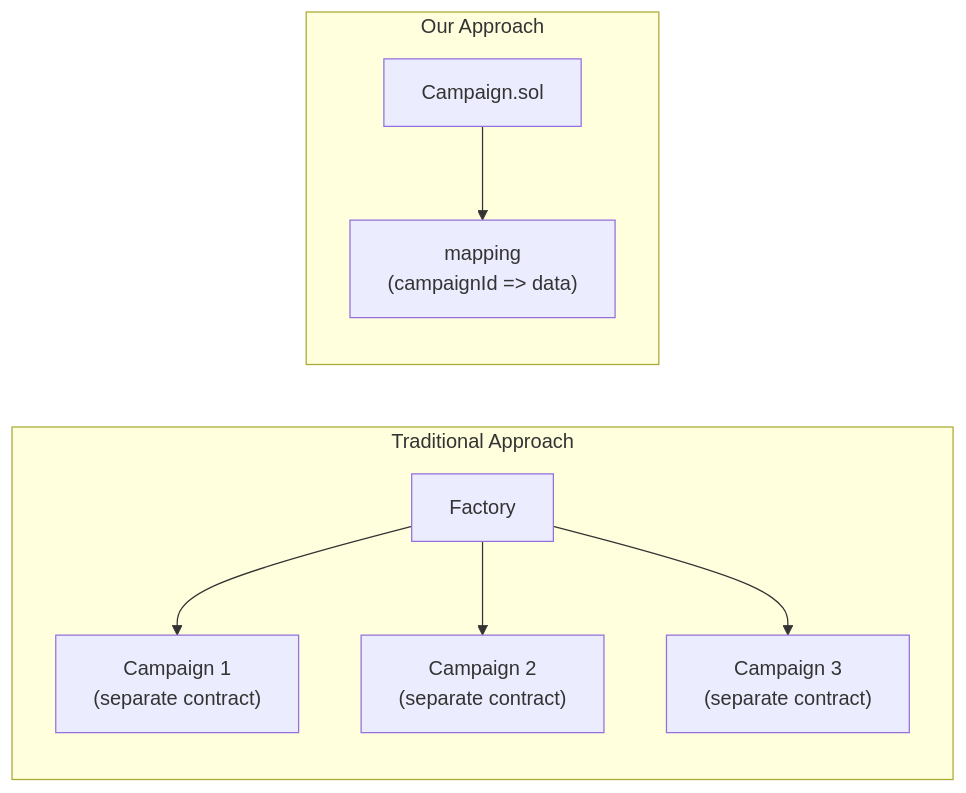
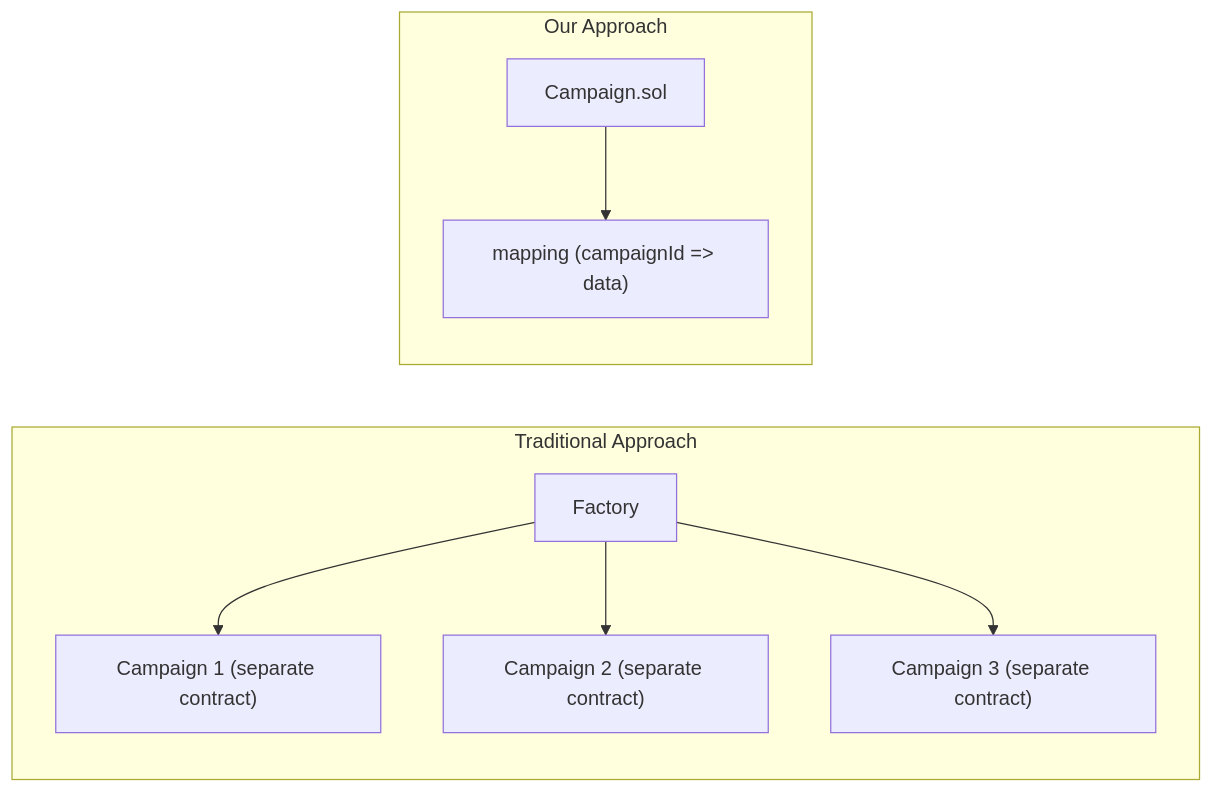
Before and after one commit to CrowdFUNding-Base/SC: the fourth of 5 diagrams in pitching/architecture/smart-contract-architecture.md, drawn with Mermaid. The commit also changed other lines of this file and 1 other file, not shown here.

````diff
--- a/pitching/architecture/smart-contract-architecture.md
+++ b/pitching/architecture/smart-contract-architecture.md
@@ -233,12 +233,12 @@
 ```mermaid
 flowchart LR
     subgraph Traditional["Traditional Approach"]
-        Factory["Factory"] --> C1["Campaign 1\n(separate contract)"]
-        Factory --> C2["Campaign 2\n(separate contract)"]
-        Factory --> C3["Campaign 3\n(separate contract)"]
+        Factory["Factory"] --> C1["Campaign 1 (separate contract)"]
+        Factory --> C2["Campaign 2 (separate contract)"]
+        Factory --> C3["Campaign 3 (separate contract)"]
     end
 
     subgraph Singleton["Our Approach"]
-        Single["Campaign.sol"] --> M["mapping\n(campaignId => data)"]
+        Single["Campaign.sol"] --> M["mapping (campaignId => data)"]
     end
 ```
````
